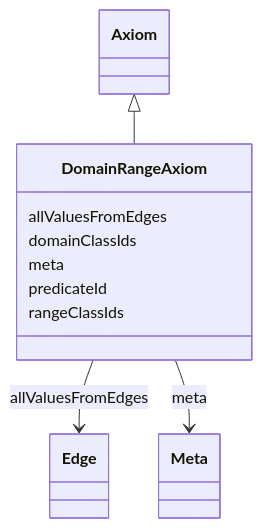
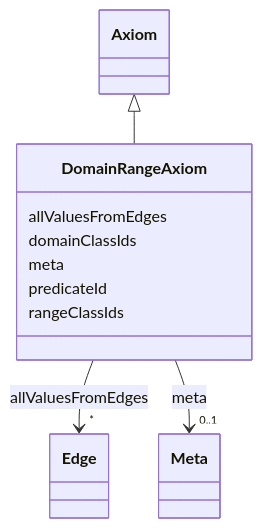
One commit to INCATools/ontology-access-kit changed the diagram in obograph/DomainRangeAxiom.md. Above: the diagram before and after it, drawn with Mermaid. The commit also changed other lines of this file and 3329 other files, not shown here.

````diff
--- a/obograph/DomainRangeAxiom.md
+++ b/obograph/DomainRangeAxiom.md
@@ -17,21 +19,33 @@
 ```{mermaid}
  classDiagram
     class DomainRangeAxiom
+    click DomainRangeAxiom href "../DomainRangeAxiom"
       Axiom <|-- DomainRangeAxiom
+        click Axiom href "../Axiom"
       
       DomainRangeAxiom : allValuesFromEdges
         
-          DomainRangeAxiom --> Edge : allValuesFromEdges
+          
+    
+    
+    DomainRangeAxiom --> "*" Edge : allValuesFromEdges
+    click Edge href "../Edge"
+
         
       DomainRangeAxiom : domainClassIds
         
       DomainRangeAxiom : meta
         
-          DomainRangeAxiom --> Meta : meta
+          
+    
+    
+    DomainRangeAxiom --> "0..1" Meta : meta
+    click Meta href "../Meta"
+
         
       DomainRangeAxiom : predicateId
         
       DomainRangeAxiom : rangeClassIds
         
       
 ```
````
